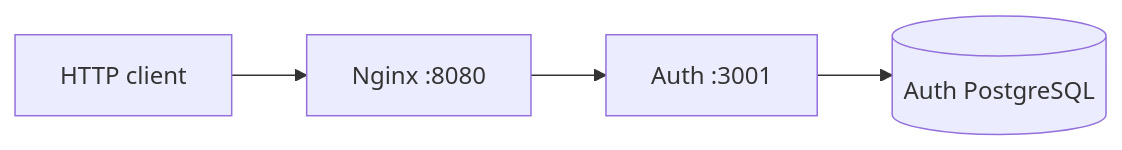
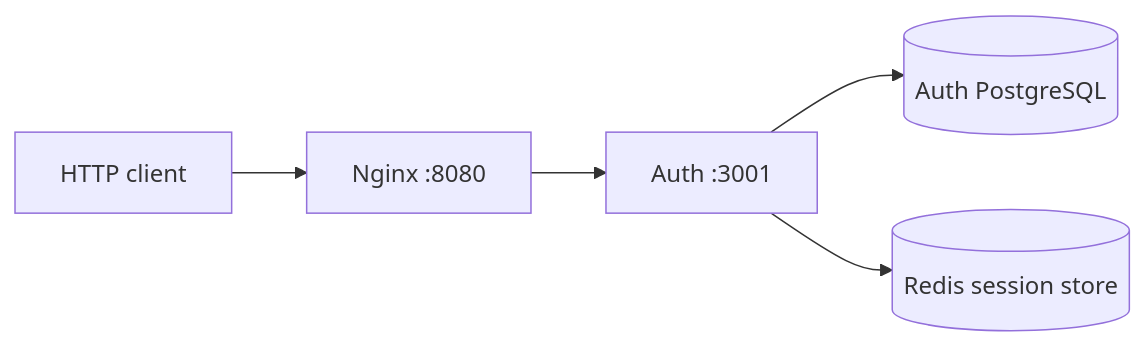
One commit to coonfituuree/retcon changed the diagram in docs/architecture/overview.md. Above: the diagram before and after it, drawn with Mermaid. The commit also changed other lines of this file and 20 other files, not shown here.

````diff
--- a/docs/architecture/overview.md
+++ b/docs/architecture/overview.md
@@ -7,6 +7,7 @@
 ```mermaid
 flowchart LR
   Client["HTTP client"] --> Gateway["Nginx :8080"]
   Gateway --> Auth["Auth :3001"]
   Auth --> DB[("Auth PostgreSQL")]
+  Auth --> Redis[("Redis session store")]
 ```
````
